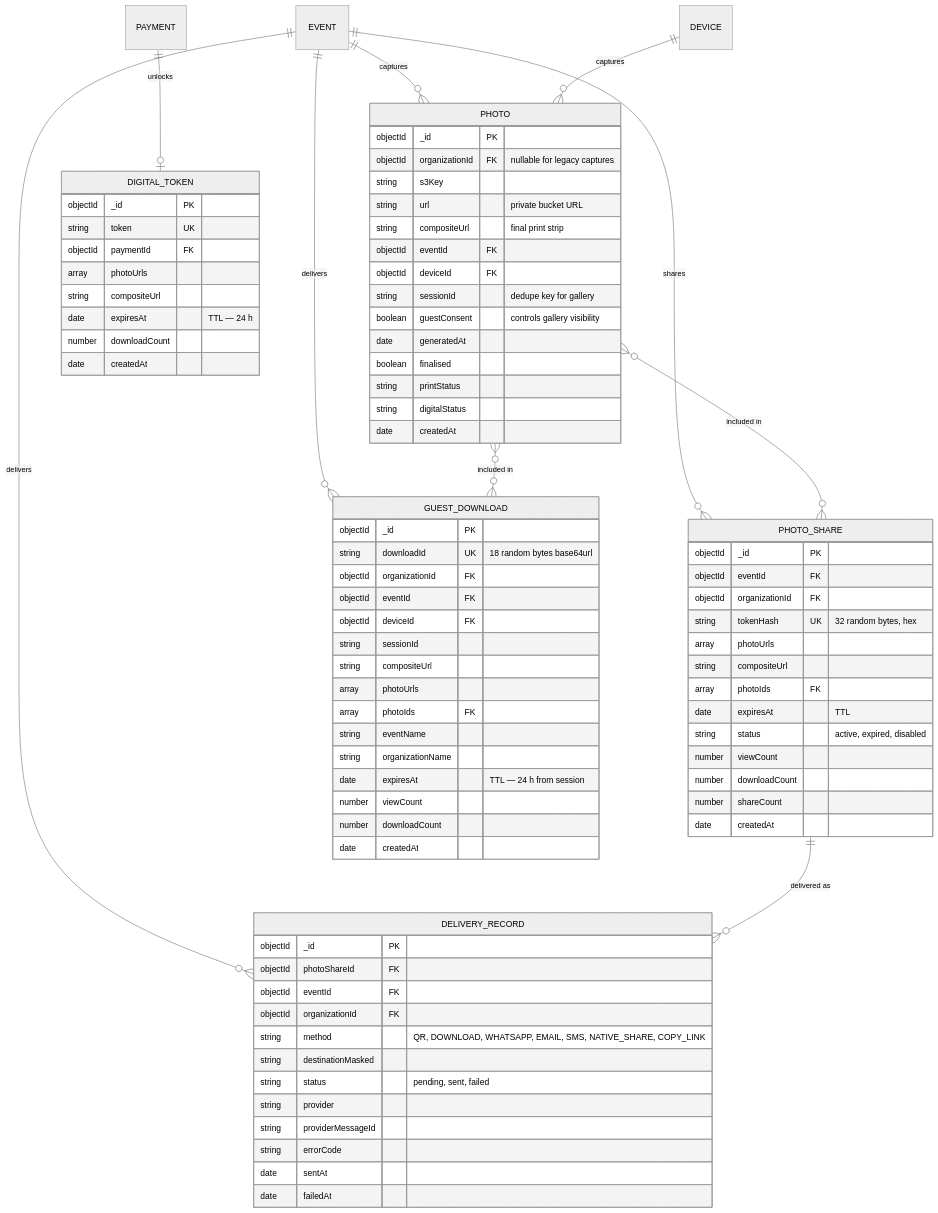
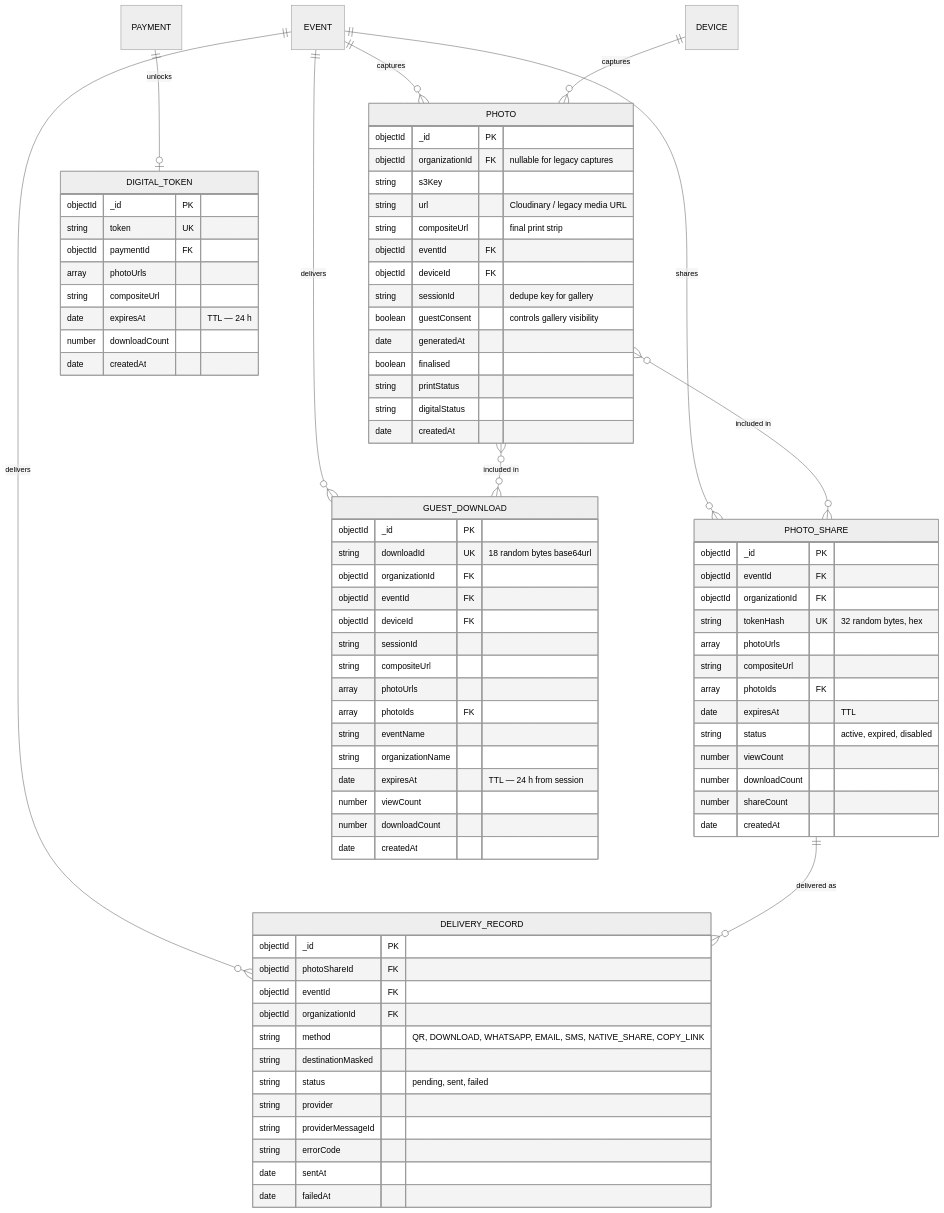
Before and after one commit to Krishna-Vineet/local: the seventh of 29 diagrams in docs/DIAGRAMS.md, drawn with Mermaid (neutral theme). The commit also changed other lines of this file and 38 other files, not shown here.

```diff
--- a/docs/DIAGRAMS.md
+++ b/docs/DIAGRAMS.md
@@ -728,7 +733,7 @@
     objectId _id PK
     objectId organizationId FK "nullable for legacy captures"
     string s3Key
-    string url "private bucket URL"
+    string url "Cloudinary / legacy media URL"
     string compositeUrl "final print strip"
     objectId eventId FK
     objectId deviceId FK
```
